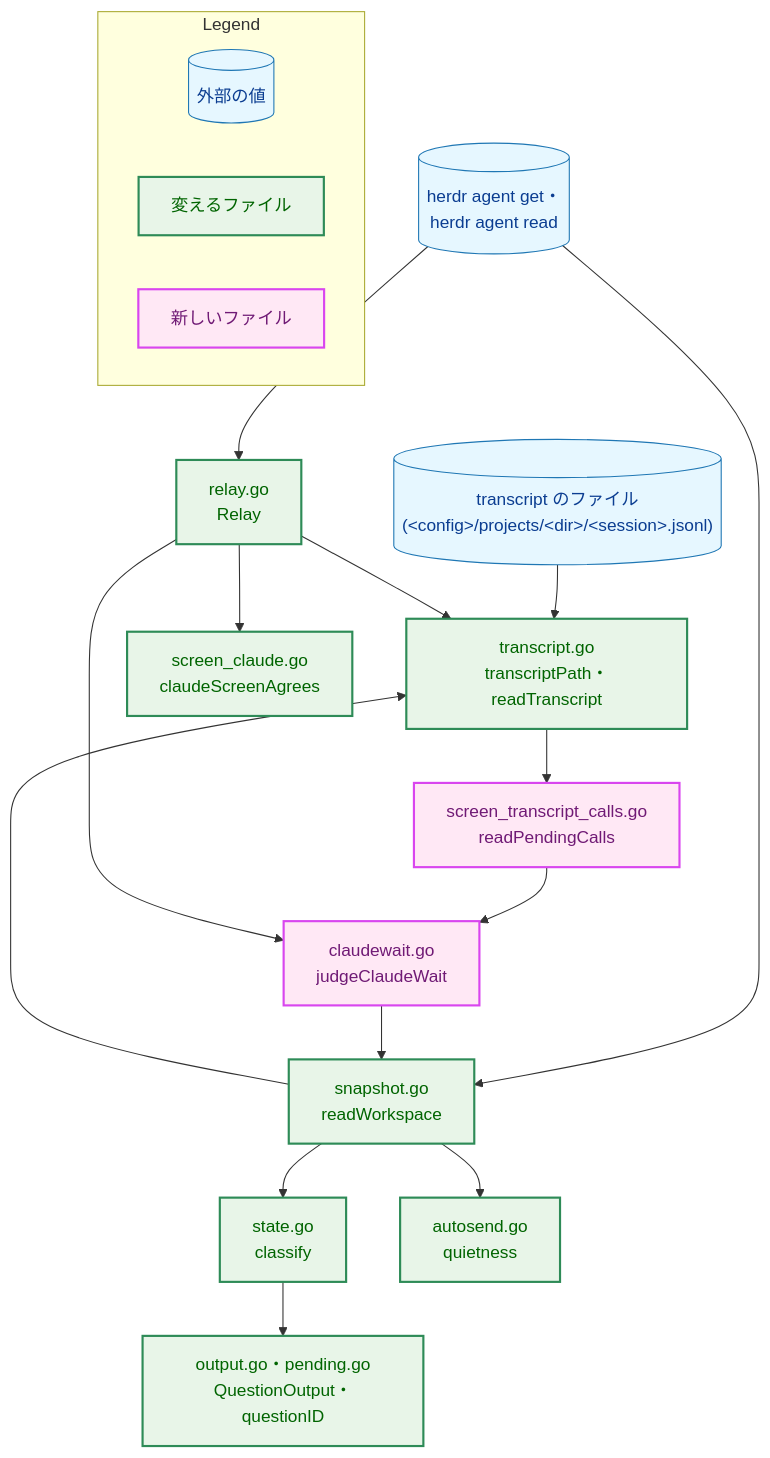
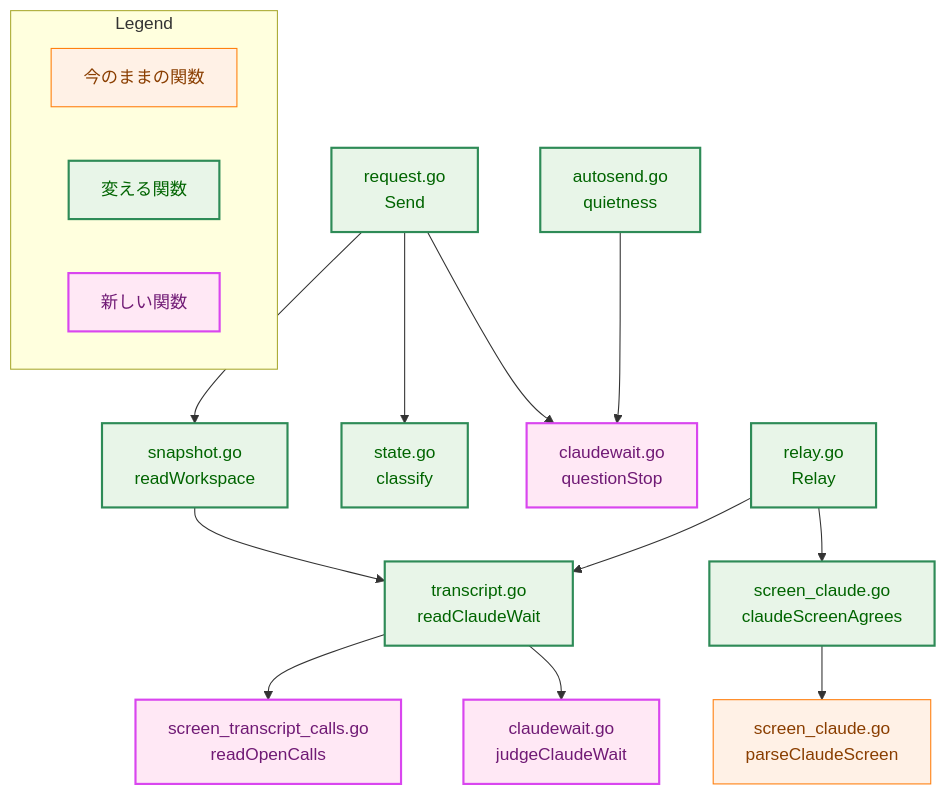
Before and after one commit to isseis/yt2column: the second of 7 diagrams in docs/tasks/0096_chief_question_transcript/02_architecture.md, drawn with Mermaid. The commit also changed other lines of this file, not shown here.

First line of the commit message:
docs(0096): address the architecture review and Japanese prose findings

````diff
--- a/docs/tasks/0096_chief_question_transcript/02_architecture.md
+++ b/docs/tasks/0096_chief_question_transcript/02_architecture.md
@@ -92,43 +95,42 @@
 ```mermaid
 flowchart TD
-    classDef data fill:#e6f7ff,stroke:#1f77b4,stroke-width:1px,color:#0b3d91;
     classDef process fill:#fff1e6,stroke:#ff7f0e,stroke-width:1px,color:#8a3e00;
     classDef enhanced fill:#e8f5e8,stroke:#2e8b57,stroke-width:2px,color:#006400;
     classDef newpkg fill:#ffe8f5,stroke:#d946ef,stroke-width:2px,color:#701a75;
 
-    FILE[("transcript のファイル<br>(&lt;config&gt;/projects/&lt;dir&gt;/&lt;session&gt;.jsonl)")]
-    HERDR[("herdr agent get・<br>herdr agent read")]
-    LOC["transcript.go<br>transcriptPath・readTranscript"]
-    RD["screen_transcript_calls.go<br>readPendingCalls"]
-    JD["claudewait.go<br>judgeClaudeWait"]
     RW["snapshot.go<br>readWorkspace"]
     CL["state.go<br>classify"]
+    QS["claudewait.go<br>questionStop"]
     QT["autosend.go<br>quietness"]
+    SD["request.go<br>Send"]
     RL["relay.go<br>Relay"]
+    CW["transcript.go<br>readClaudeWait"]
+    RD["screen_transcript_calls.go<br>readOpenCalls"]
+    JD["claudewait.go<br>judgeClaudeWait"]
     SA["screen_claude.go<br>claudeScreenAgrees"]
-    OUT["output.go・pending.go<br>QuestionOutput・questionID"]
+    PS["screen_claude.go<br>parseClaudeScreen"]
 
-    FILE --> LOC --> RD --> JD
-    HERDR --> RW
-    RW --> LOC
-    JD --> RW
-    RW --> CL --> OUT
-    RW --> QT
-    RL --> LOC
-    RL --> JD
-    HERDR --> RL
+    RW --> CW
+    RL --> CW
+    CW --> RD
+    CW --> JD
+    SD --> RW
+    SD --> CL
+    SD --> QS
+    QT --> QS
     RL --> SA
+    SA --> PS
 
-    class FILE,HERDR data
-    class LOC,RW,CL,QT,RL,SA,OUT enhanced
-    class RD,JD newpkg
+    class PS process
+    class RW,CL,QT,SD,RL,CW,SA enhanced
+    class RD,JD,QS newpkg
 
     subgraph Legend["Legend"]
-        L1[("外部の値")]
-        L2["変えるファイル"]
-        L3["新しいファイル"]
+        L1["今のままの関数"]
+        L2["変える関数"]
+        L3["新しい関数"]
     end
-    class L1 data
+    class L1 process
     class L2 enhanced
     class L3 newpkg
 ```
````
